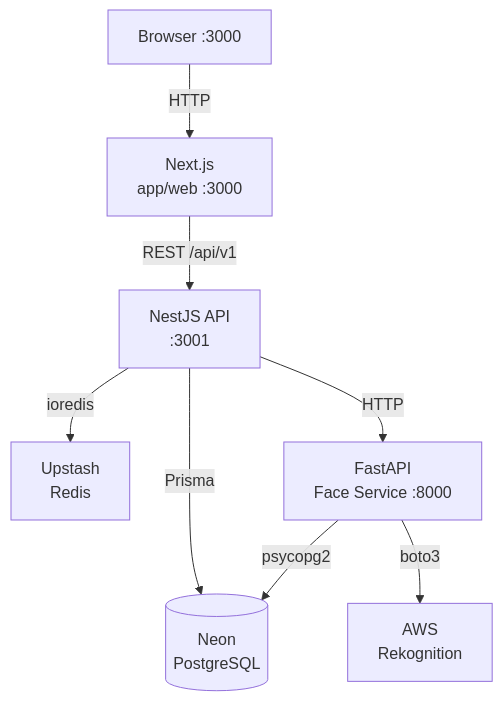
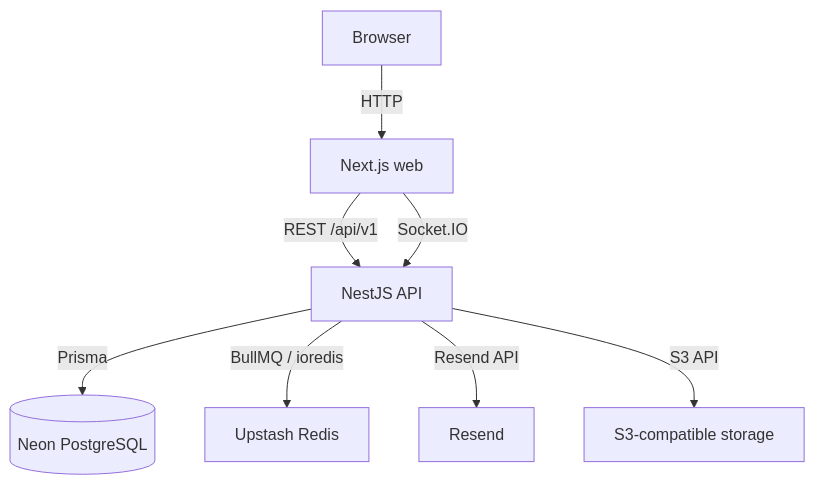
The first of 3 diagrams in docs/NexGen EMS - Architecture.md (Praverse-Tech-Pvt-Ltd/ems), drawn with Mermaid before and after one commit. The commit also changed other lines of this file and 19 other files, not shown here.

````diff
--- a/docs/NexGen EMS - Architecture.md
+++ b/docs/NexGen EMS - Architecture.md
@@ -35,10 +28,10 @@
 ```mermaid
 graph TD
-    Browser["Browser :3000"] -->|HTTP| Web["Next.js\napp/web :3000"]
-    Web -->|REST /api/v1| API["NestJS API\n:3001"]
-    API -->|Prisma| DB[("Neon\nPostgreSQL")]
-    API -->|ioredis| Redis["Upstash\nRedis"]
-    API -->|HTTP| FR["FastAPI\nFace Service :8000"]
-    FR -->|psycopg2| DB
-    FR -->|boto3| Rekognition["AWS\nRekognition"]
+    Browser["Browser"] -->|HTTP| Web["Next.js web"]
+    Web -->|REST /api/v1| API["NestJS API"]
+    Web -->|Socket.IO| API
+    API -->|Prisma| DB[("Neon PostgreSQL")]
+    API -->|BullMQ / ioredis| Redis["Upstash Redis"]
+    API -->|Resend API| Email["Resend"]
+    API -->|S3 API| Storage["S3-compatible storage"]
 ```
````
